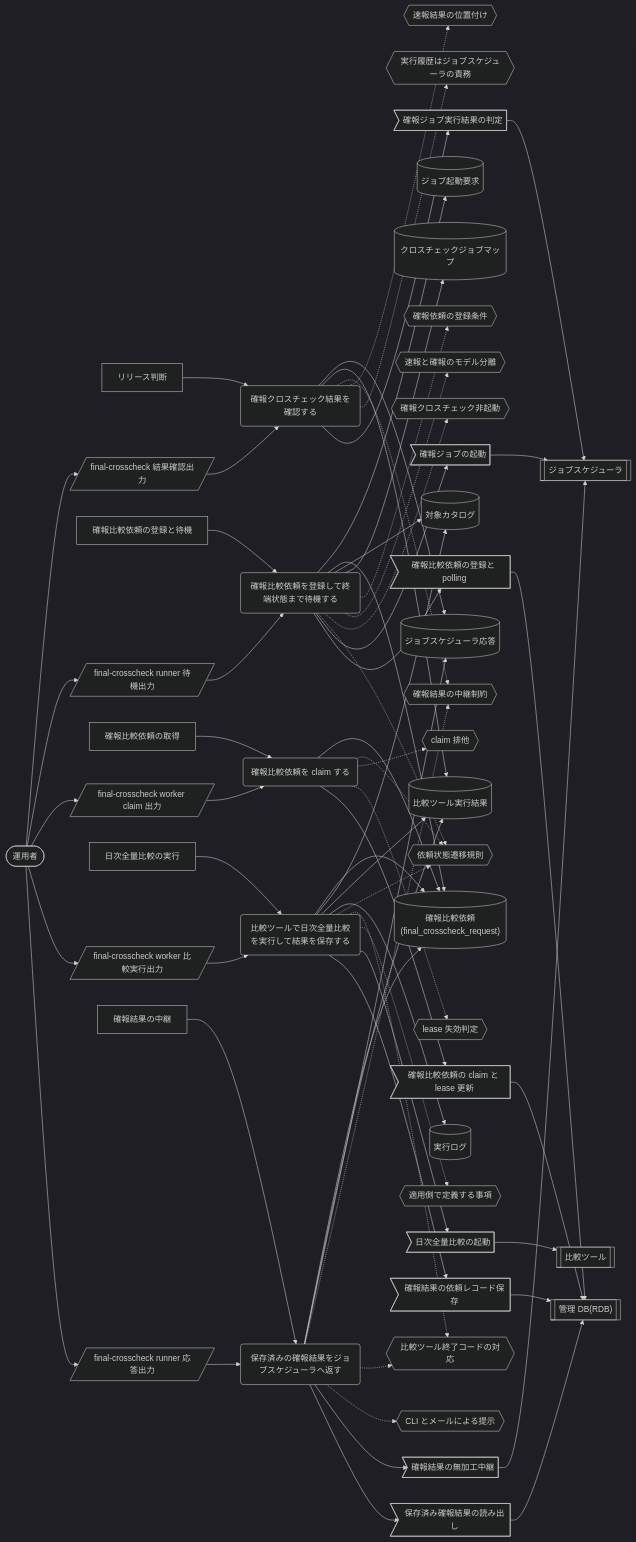
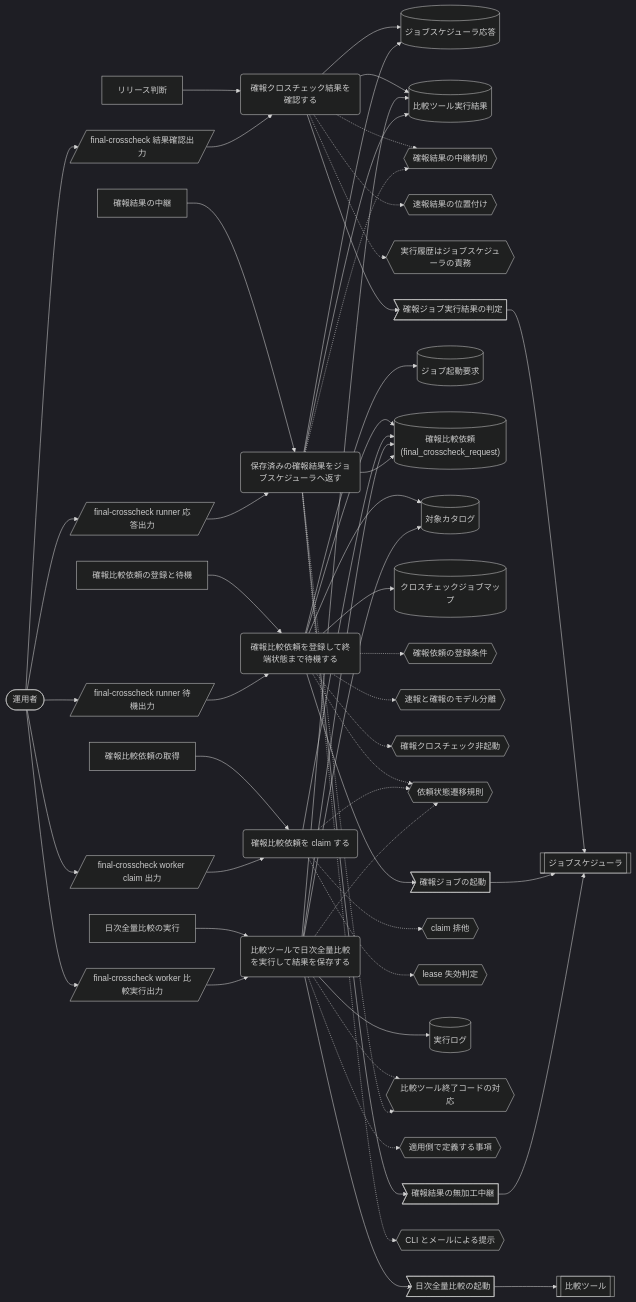
The third of 7 diagrams in docs/rdra/latest/views/04_UC複合図.md (suwa-sh/relay-gate), drawn with Mermaid (dark theme) before and after one commit. The commit also changed other lines of this file and 849 other files, not shown here.

````diff
--- a/docs/rdra/latest/views/04_UC複合図.md
+++ b/docs/rdra/latest/views/04_UC複合図.md
@@ -321,29 +318,24 @@
   CD7{{"依頼状態遷移規則"}}
   SC2[/"final-crosscheck runner 待機出力"/]
   EV2>"確報ジョブの起動"]
-  EV3>"確報比較依頼の登録と polling"]
-  EX2[["管理 DB(RDB)"]]
   UC3("確報比較依頼を claim する")
   AT3["確報比較依頼の取得"]
   CD8{{"claim 排他"}}
   CD9{{"lease 失効判定"}}
   SC3[/"final-crosscheck worker claim 出力"/]
-  EV4>"確報比較依頼の claim と lease 更新"]
   UC4("比較ツールで日次全量比較を実行して結果を保存する")
   AT4["日次全量比較の実行"]
   IF7[("実行ログ")]
   CD10{{"比較ツール終了コードの対応"}}
   CD11{{"適用側で定義する事項"}}
   SC4[/"final-crosscheck worker 比較実行出力"/]
-  EV5>"日次全量比較の起動"]
-  EX3[["比較ツール"]]
-  EV6>"確報結果の依頼レコード保存"]
+  EV3>"日次全量比較の起動"]
+  EX2[["比較ツール"]]
   UC5("保存済みの確報結果をジョブスケジューラへ返す")
   AT5["確報結果の中継"]
   CD12{{"CLI とメールによる提示"}}
   SC5[/"final-crosscheck runner 応答出力"/]
-  EV7>"確報結果の無加工中継"]
-  EV8>"保存済み確報結果の読み出し"]
+  EV4>"確報結果の無加工中継"]
   AT1 --> UC1
   UC1 --> IF1
   UC1 --> IF2
@@ -367,8 +359,6 @@
   SC2 --> UC2
   UC2 --> EV2
   EV2 --> EX1
-  UC2 --> EV3
-  EV3 --> EX2
   AT3 --> UC3
   UC3 --> IF4
   UC3 -.-> CD7
@@ -376,8 +366,6 @@
   UC3 -.-> CD9
   AC1 --> SC3
   SC3 --> UC3
-  UC3 --> EV4
-  EV4 --> EX2
   AT4 --> UC4
   UC4 --> IF4
   UC4 --> IF5
@@ -388,10 +376,8 @@
   UC4 -.-> CD11
   AC1 --> SC4
   SC4 --> UC4
-  UC4 --> EV5
-  EV5 --> EX3
-  UC4 --> EV6
-  EV6 --> EX2
+  UC4 --> EV3
+  EV3 --> EX2
   AT5 --> UC5
   UC5 --> IF4
   UC5 --> IF2
@@ -401,8 +387,6 @@
   UC5 -.-> CD12
   AC1 --> SC5
   SC5 --> UC5
-  UC5 --> EV7
-  EV7 --> EX1
-  UC5 --> EV8
-  EV8 --> EX2
+  UC5 --> EV4
+  EV4 --> EX1
 ```
````
